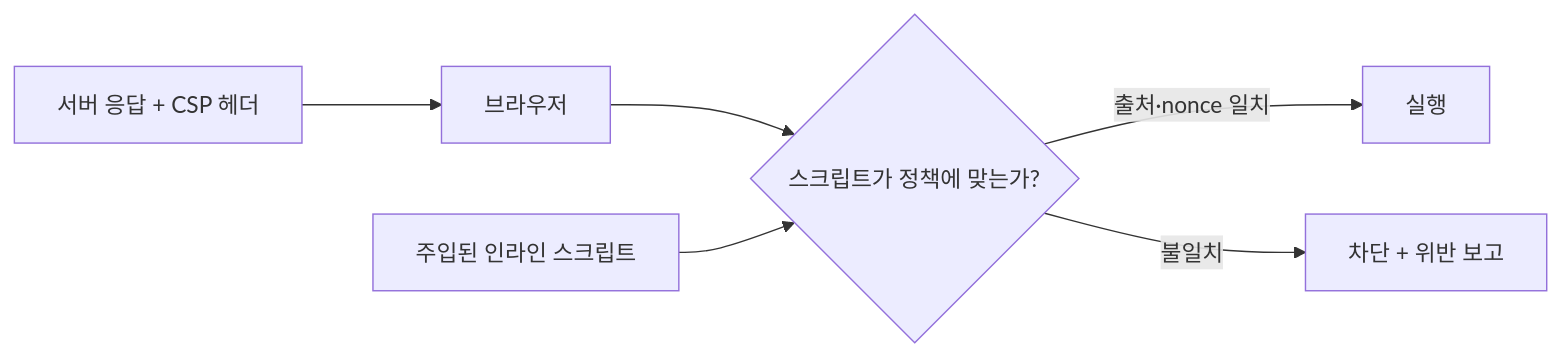
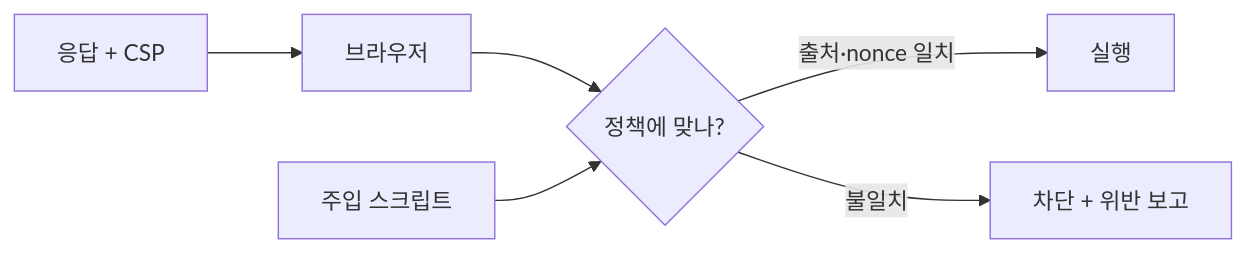
One commit to logiciris/logiciris.github.io changed the diagram in _notes/content-security-policy.md. Above: the diagram before and after it, drawn with Mermaid. The commit also changed 28 other files, not shown here.

Commit message:
Notes batches 1-2: qa fixes (accuracy, links, mermaid labels)

````diff
--- a/_notes/content-security-policy.md
+++ b/_notes/content-security-policy.md
@@ -22,8 +22,8 @@
 ```mermaid
 flowchart LR
-    S["서버 응답 + CSP 헤더"] --> B["브라우저"]
-    B --> C{"스크립트가 정책에 맞는가?"}
+    S["응답 + CSP"] --> B["브라우저"]
+    B --> C{"정책에 맞나?"}
     C -->|출처·nonce 일치| R["실행"]
     C -->|불일치| X["차단 + 위반 보고"]
-    I["주입된 인라인 스크립트"] --> C
+    I["주입 스크립트"] --> C
 ```
````
